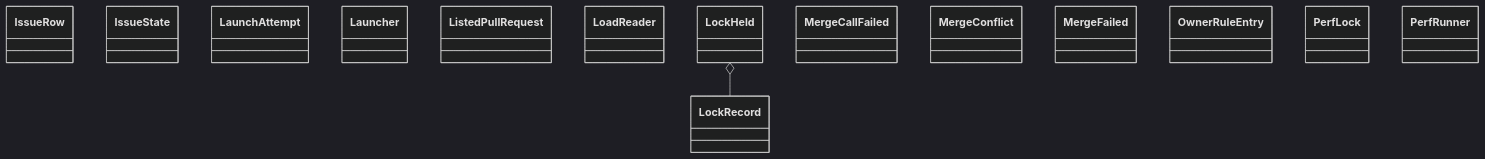
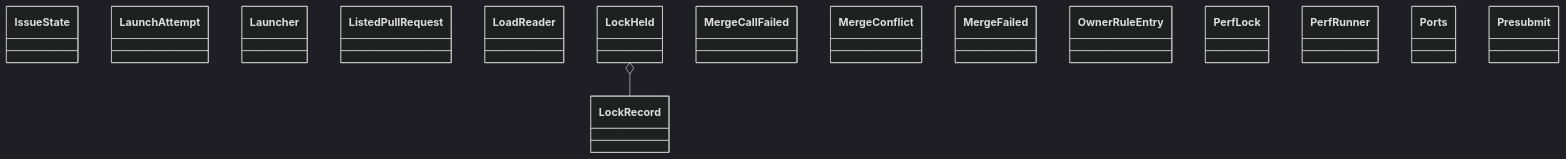
Before and after one commit to GonzaloZevallos/agentic-system: the diagram in docs/architecture/generated/classes-process-application-support-3.md, drawn with Mermaid (dark theme). The commit also changed other lines of this file and 23 other files, not shown here.

````diff
--- a/docs/architecture/generated/classes-process-application-support-3.md
+++ b/docs/architecture/generated/classes-process-application-support-3.md
@@ -17,18 +17,19 @@
 ```mermaid
 classDiagram
-    class ports__IssueRow["IssueRow"]
     class ports__IssueState["IssueState"]
     class ports__LaunchAttempt["LaunchAttempt"]
     class ports__Launcher["Launcher"]
     class ports__ListedPullRequest["ListedPullRequest"]
     class ports__LoadReader["LoadReader"]
     class ports__LockHeld["LockHeld"]
     class ports__LockRecord["LockRecord"]
     class ports__MergeCallFailed["MergeCallFailed"]
     class ports__MergeConflict["MergeConflict"]
     class ports__MergeFailed["MergeFailed"]
     class ports__OwnerRuleEntry["OwnerRuleEntry"]
     class ports__PerfLock["PerfLock"]
     class ports__PerfRunner["PerfRunner"]
+    class ports__Ports["Ports"]
+    class ports__Presubmit["Presubmit"]
     ports__LockHeld o-- ports__LockRecord
 ```
````
